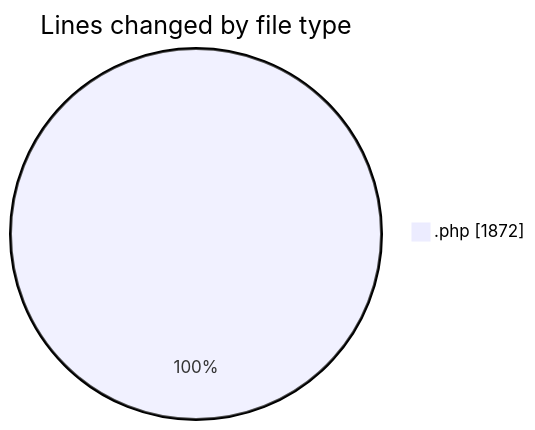
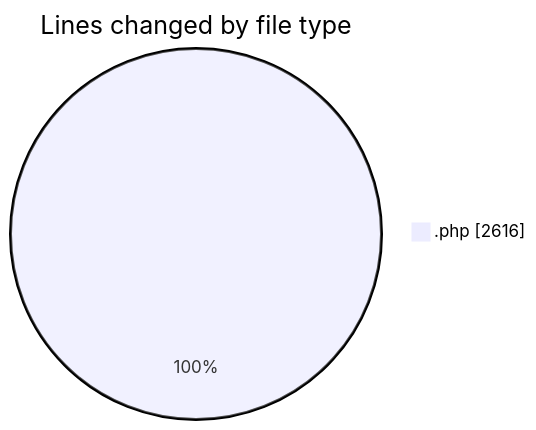
One commit to debugP/code-tracking changed the first of 2 diagrams in 2025-10-24/untitled__workspace_/README.md. Above: the diagram before and after it, drawn with Mermaid. The commit also changed other lines of this file and 1 other file, not shown here.

````diff
--- a/2025-10-24/untitled__workspace_/README.md
+++ b/2025-10-24/untitled__workspace_/README.md
@@ -21,5 +22,5 @@
 ```mermaid
 pie showData
 title Lines changed by file type
-".php" : 1872
+".php" : 2616
 ```
````
